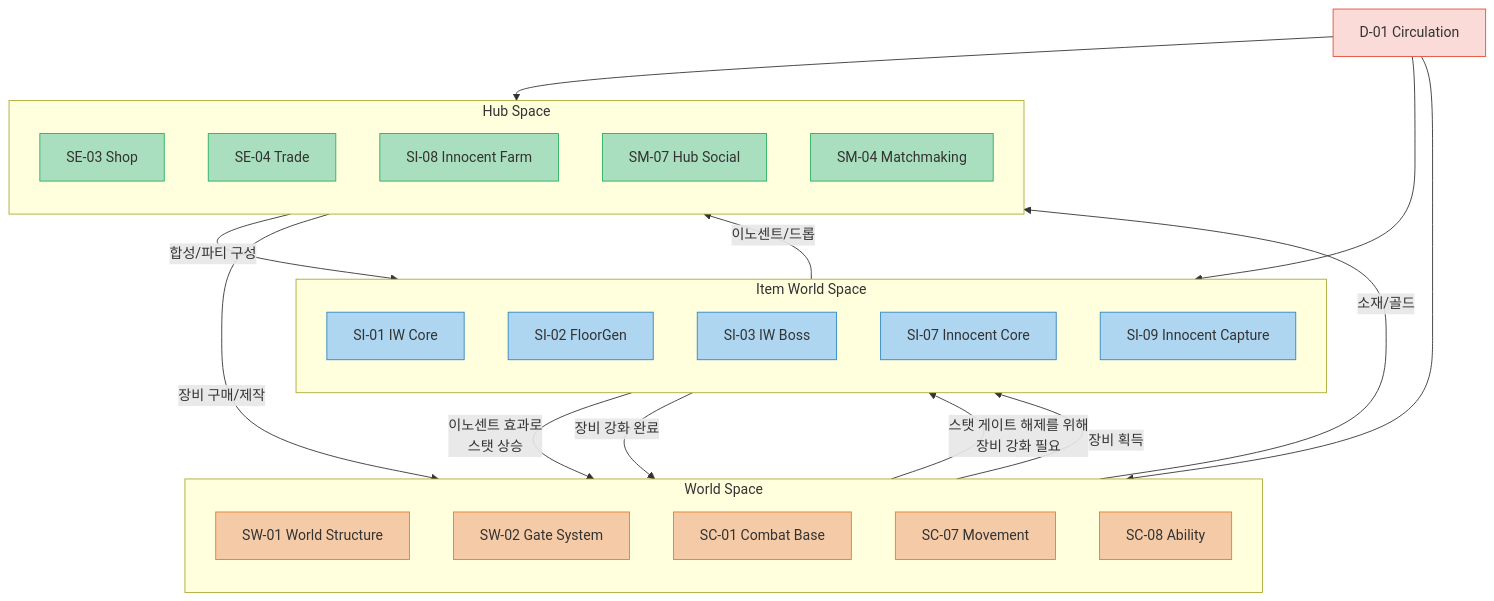
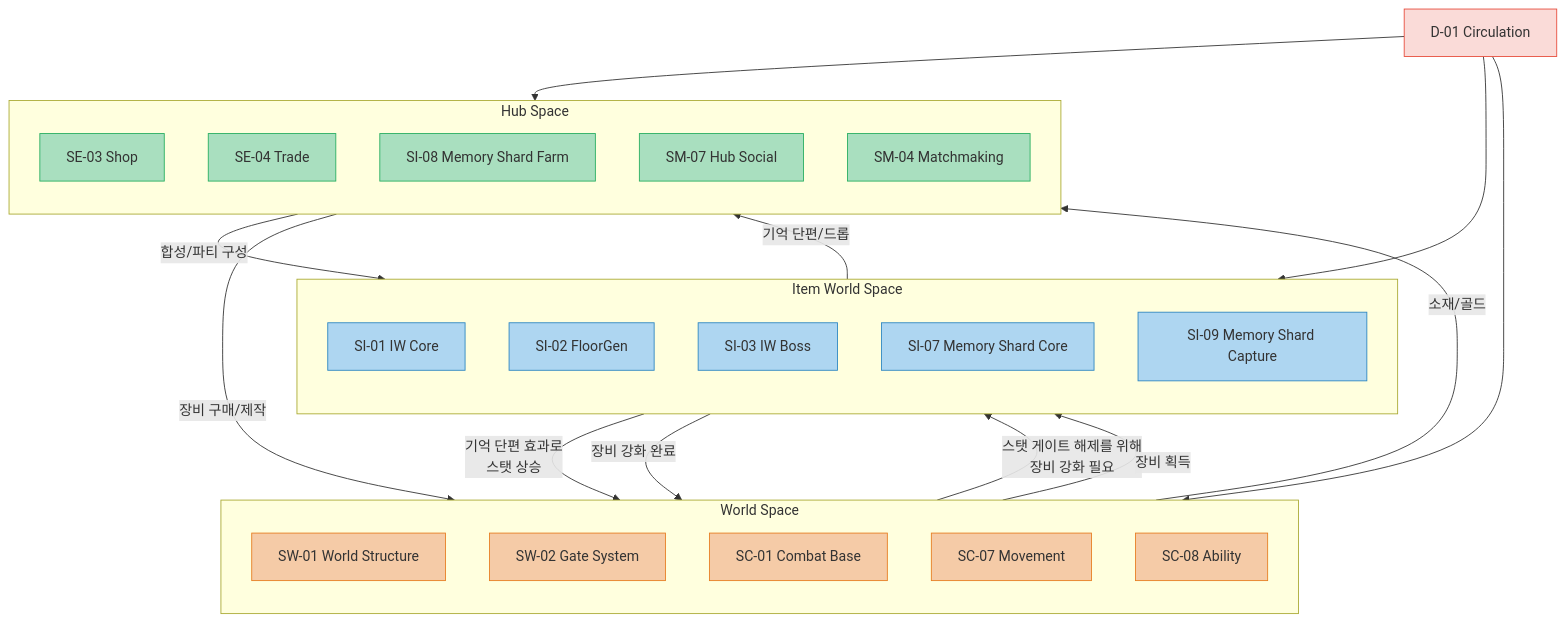
Before and after one commit to Biskraft/ProjectAbyss: the fourth of 9 diagrams in Reference/Document_Dependency_Map.md, drawn with Mermaid. The commit also changed other lines of this file and 197 other files, not shown here.

First line of the commit message:
feat: DEC-036 Memory Shard 통합 + DEC-037 Ant Colony 토폴로지 + UX 폴리시

````diff
--- a/Reference/Document_Dependency_Map.md
+++ b/Reference/Document_Dependency_Map.md
@@ -194,48 +194,48 @@
 ```mermaid
 flowchart TD
     classDef world fill:#f5cba7,stroke:#e67e22
     classDef iw fill:#aed6f1,stroke:#2e86c1
     classDef hub fill:#a9dfbf,stroke:#27ae60
     classDef circ fill:#fadbd8,stroke:#e74c3c
 
     subgraph WORLD [World Space]
         direction TB
         SW01[SW-01 World Structure]:::world
         SW02[SW-02 Gate System]:::world
         SC01[SC-01 Combat Base]:::world
         SC07[SC-07 Movement]:::world
         SC08[SC-08 Ability]:::world
     end
 
     subgraph ITEMWORLD [Item World Space]
         direction TB
         SI01[SI-01 IW Core]:::iw
         SI02[SI-02 FloorGen]:::iw
         SI03[SI-03 IW Boss]:::iw
-        SI07[SI-07 Innocent Core]:::iw
-        SI09[SI-09 Innocent Capture]:::iw
+        SI07[SI-07 Memory Shard Core]:::iw
+        SI09[SI-09 Memory Shard Capture]:::iw
     end
 
     subgraph HUB [Hub Space]
         direction TB
         SE03[SE-03 Shop]:::hub
         SE04[SE-04 Trade]:::hub
-        SI08[SI-08 Innocent Farm]:::hub
+        SI08[SI-08 Memory Shard Farm]:::hub
         SM07[SM-07 Hub Social]:::hub
         SM04[SM-04 Matchmaking]:::hub
     end
 
     DSG01[D-01 Circulation]:::circ
 
     WORLD -->|"장비 획득"| ITEMWORLD
     ITEMWORLD -->|"장비 강화 완료"| WORLD
     WORLD -->|"소재/골드"| HUB
     HUB -->|"장비 구매/제작"| WORLD
-    ITEMWORLD -->|"이노센트/드롭"| HUB
+    ITEMWORLD -->|"기억 단편/드롭"| HUB
     HUB -->|"합성/파티 구성"| ITEMWORLD
 
     SW02 -->|"스탯 게이트 해제를 위해\n장비 강화 필요"| SI01
-    SI07 -->|"이노센트 효과로\n스탯 상승"| SW02
+    SI07 -->|"기억 단편 효과로\n스탯 상승"| SW02
 
     DSG01 --> WORLD & ITEMWORLD & HUB
 ```
````
